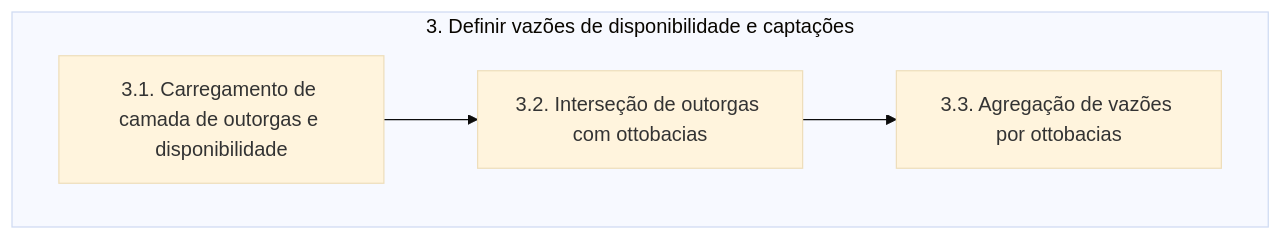
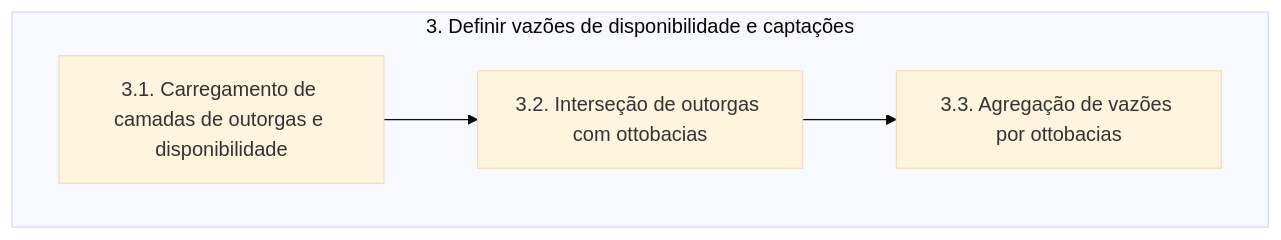
One commit to brunoguterres/ParaibaHidroGIS changed the fourth of 6 diagrams in pyqgis/documentacao.md. Above: the diagram before and after it, drawn with Mermaid (base theme). The commit also changed other lines of this file, not shown here.

````diff
--- a/pyqgis/documentacao.md
+++ b/pyqgis/documentacao.md
@@ -188,8 +188,8 @@
 ```mermaid
     flowchart TD
     subgraph A[3. Definir vazões de disponibilidade e captações]
-        B[3.1. Carregamento de camada de outorgas e disponibilidade]
+        B[3.1. Carregamento de camadas de outorgas e disponibilidade]
         B --> D[3.2. Interseção de outorgas com ottobacias]
         D --> E[3.3. Agregação de vazões por ottobacias]
     end
 ```
````
